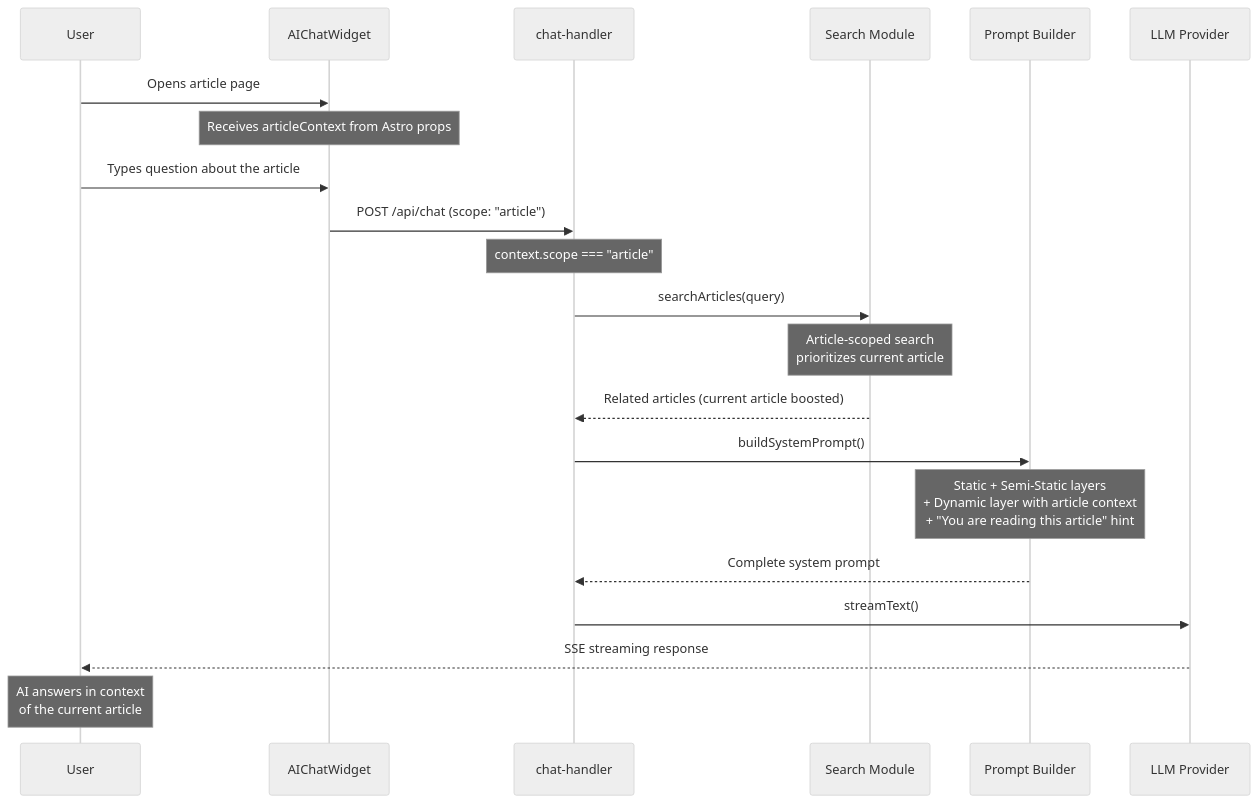
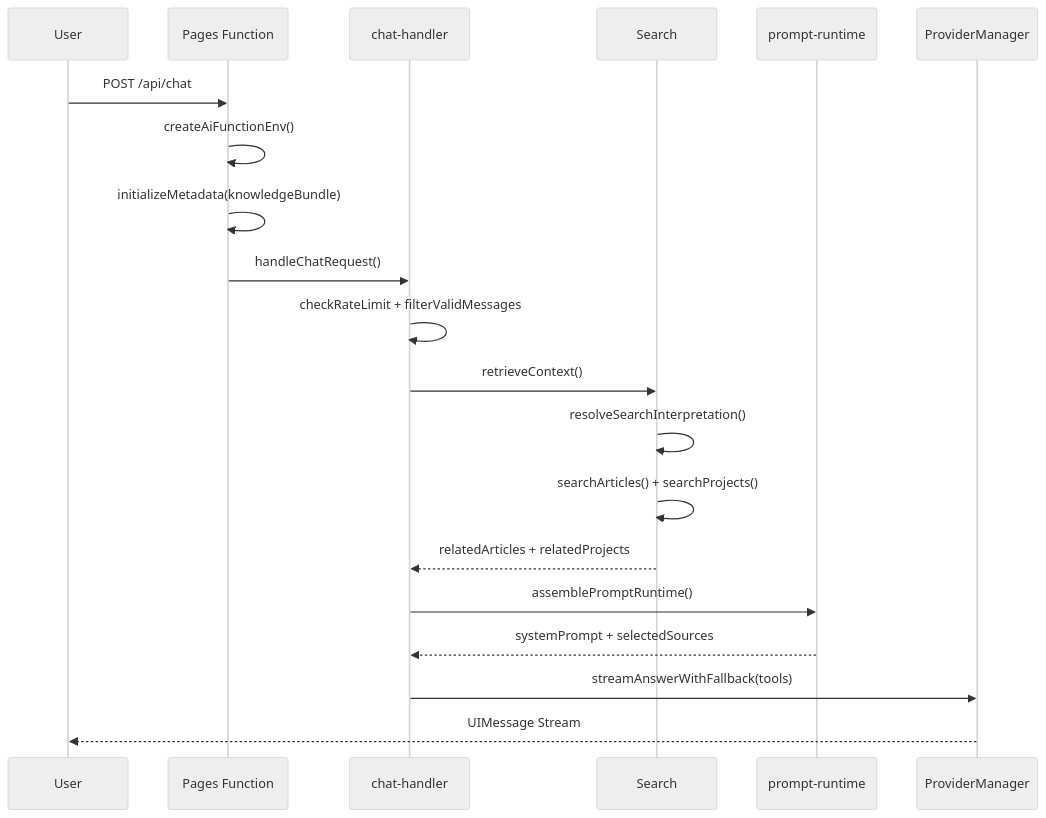
One commit to souloss/astro-minblog changed the fourth of 11 diagrams in apps/blog/src/data/blog/en/ai-module-architecture.md. Above: the diagram before and after it, drawn with Mermaid (neutral theme). The commit also changed other lines of this file, not shown here.

First line of the commit message:
docs(blog): rewrite English AI architecture deep dive

````diff
--- a/apps/blog/src/data/blog/en/ai-module-architecture.md
+++ b/apps/blog/src/data/blog/en/ai-module-architecture.md
@@ -804,30 +509,23 @@
 ```mermaid
 sequenceDiagram
     participant U as User
-    participant W as AIChatWidget
+    participant F as Pages Function
     participant H as chat-handler
-    participant S as Search Module
-    participant P as Prompt Builder
-    participant L as LLM Provider
+    participant S as Search
+    participant P as prompt-runtime
+    participant M as ProviderManager
 
-    U->>W: Opens article page
-    Note over W: Receives articleContext from Astro props
-
-    U->>W: Types question about the article
-    W->>H: POST /api/chat (scope: "article")
-    Note over H: context.scope === "article"
-
-    H->>S: searchArticles(query)
-    Note over S: Article-scoped search<br/>prioritizes current article
-
-    S-->>H: Related articles (current article boosted)
-
-    H->>P: buildSystemPrompt()
-    Note over P: Static + Semi-Static layers<br/>+ Dynamic layer with article context<br/>+ "You are reading this article" hint
-
-    P-->>H: Complete system prompt
-
-    H->>L: streamText()
-    L-->>U: SSE streaming response
-    Note over U: AI answers in context<br/>of the current article
+    U->>F: POST /api/chat
+    F->>F: createAiFunctionEnv()
+    F->>F: initializeMetadata(knowledgeBundle)
+    F->>H: handleChatRequest()
+    H->>H: checkRateLimit + filterValidMessages
+    H->>S: retrieveContext()
+    S->>S: resolveSearchInterpretation()
+    S->>S: searchArticles() + searchProjects()
+    S-->>H: relatedArticles + relatedProjects
+    H->>P: assemblePromptRuntime()
+    P-->>H: systemPrompt + selectedSources
+    H->>M: streamAnswerWithFallback(tools)
+    M-->>U: UIMessage Stream
 ```
````
